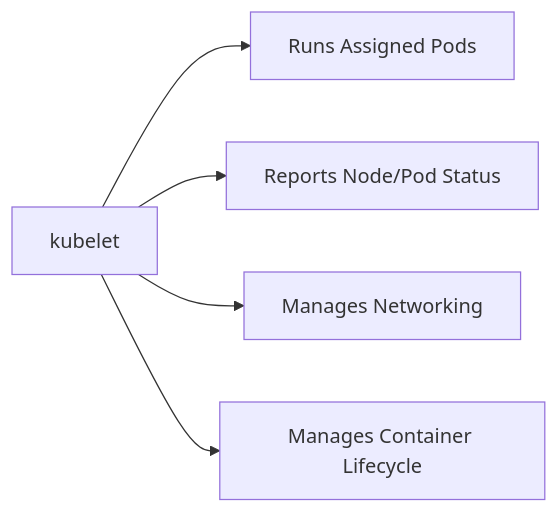
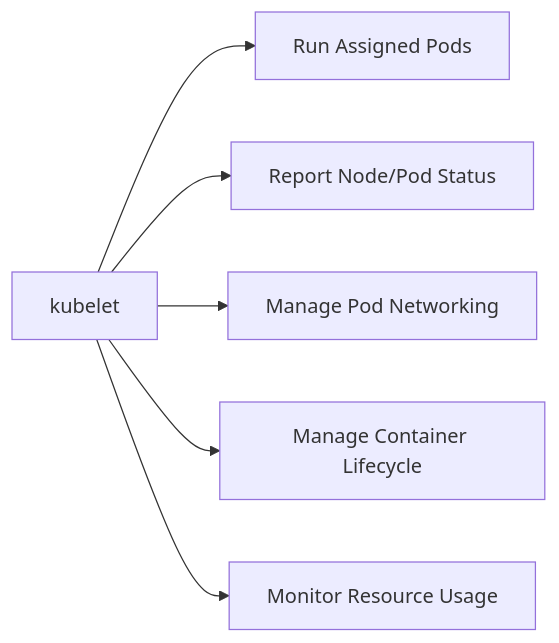
Before and after one commit to zaragholami/k8s-kubernetes: the third of 3 diagrams in README.md, drawn with Mermaid. The commit also changed other lines of this file, not shown here.

````diff
--- a/README.md
+++ b/README.md
@@ -143,7 +118,8 @@
 ```mermaid
 flowchart LR
-    kubelet[kubelet] --> Runs[Runs Assigned Pods]
-    kubelet --> Reports[Reports Node/Pod Status]
-    kubelet --> Manages[Manages Networking]
-    kubelet --> Lifecycle[Manages Container Lifecycle]
+    kubelet["kubelet"] --> Pods["Run Assigned Pods"]
+    kubelet --> Reporting["Report Node/Pod Status"]
+    kubelet --> Networking["Manage Pod Networking"]
+    kubelet --> Lifecycle["Manage Container Lifecycle"]
+    kubelet --> Resources["Monitor Resource Usage"]
 ```
````
